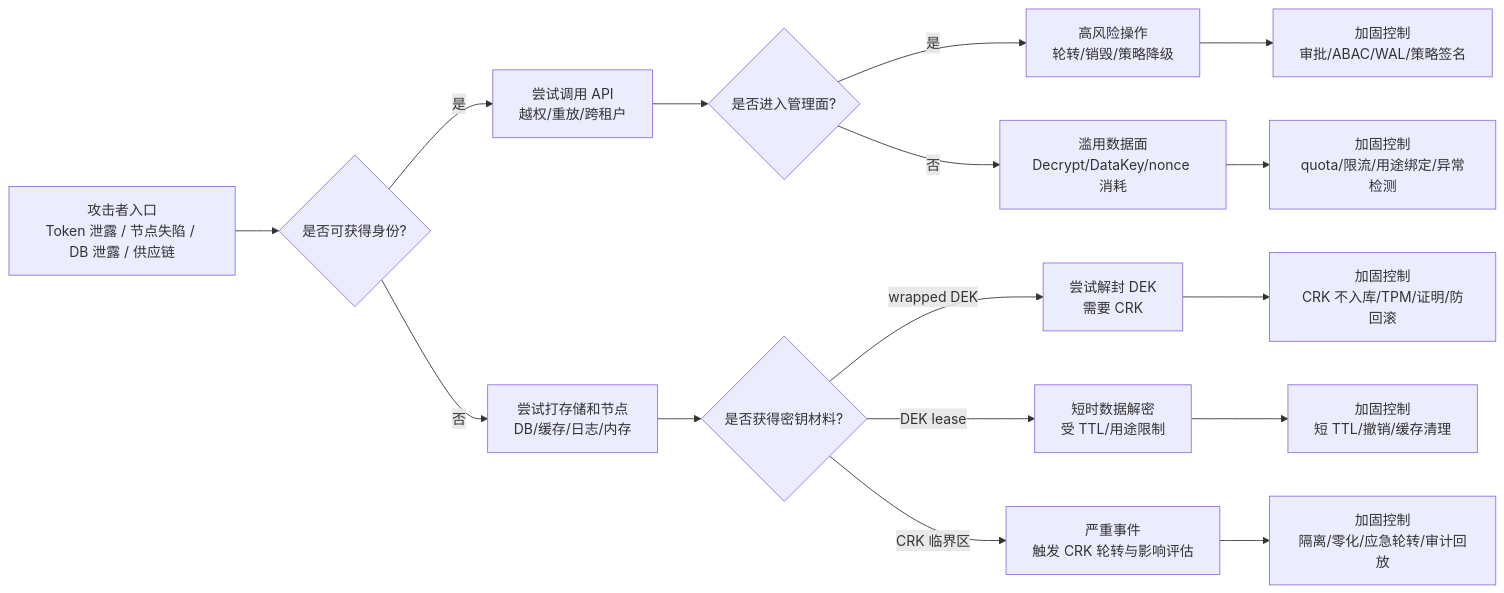
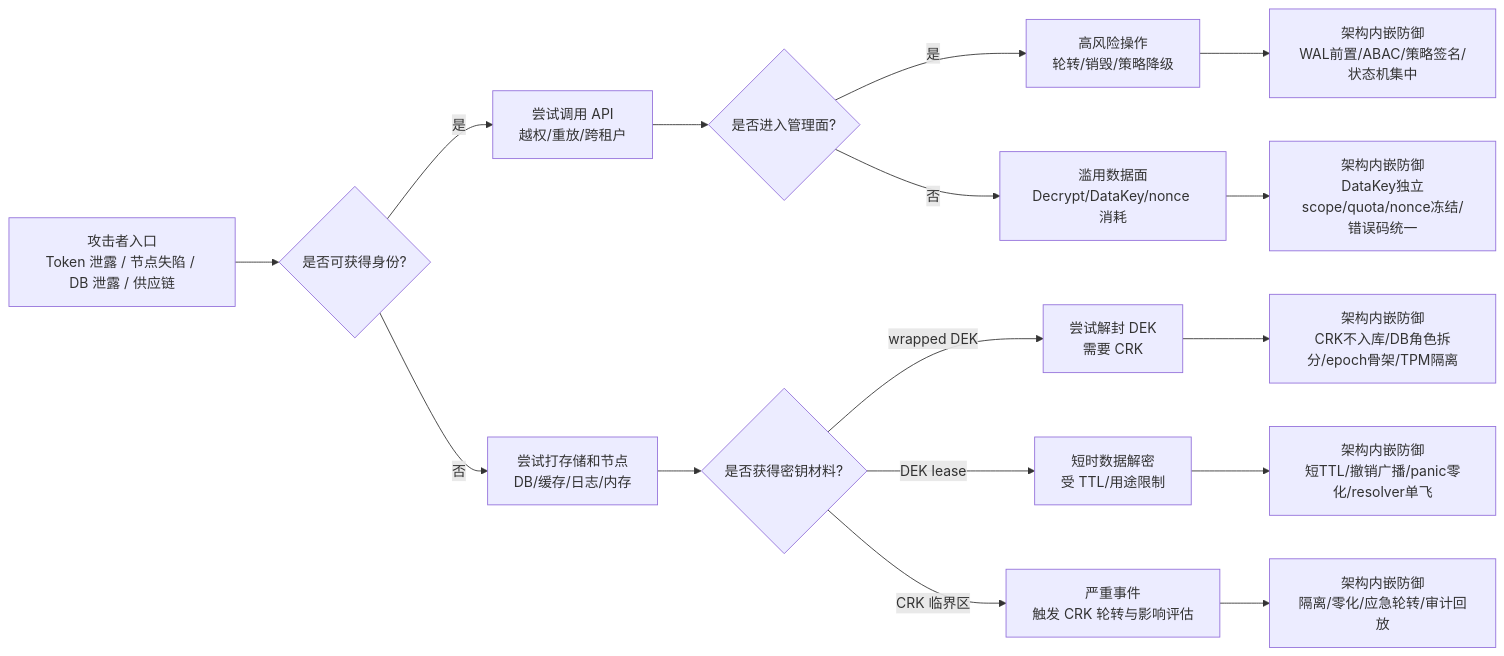
Before and after one commit to HangzeGao/trae: diagram 28 of 30 in README.md, drawn with Mermaid. The commit also changed other lines of this file, not shown here.

````diff
--- a/README.md
+++ b/README.md
@@ -2303,21 +2473,21 @@
 ```mermaid
 flowchart LR
     A["攻击者入口<br/>Token 泄露 / 节点失陷 / DB 泄露 / 供应链"] --> B{"是否可获得身份?"}
     B -- 是 --> C["尝试调用 API<br/>越权/重放/跨租户"]
     B -- 否 --> D["尝试打存储和节点<br/>DB/缓存/日志/内存"]
 
     C --> E{"是否进入管理面?"}
     E -- 是 --> F["高风险操作<br/>轮转/销毁/策略降级"]
     E -- 否 --> G["滥用数据面<br/>Decrypt/DataKey/nonce 消耗"]
 
     D --> H{"是否获得密钥材料?"}
     H -- wrapped DEK --> I["尝试解封 DEK<br/>需要 CRK"]
     H -- DEK lease --> J["短时数据解密<br/>受 TTL/用途限制"]
     H -- CRK 临界区 --> K["严重事件<br/>触发 CRK 轮转与影响评估"]
 
-    F --> L["加固控制<br/>审批/ABAC/WAL/策略签名"]
-    G --> M["加固控制<br/>quota/限流/用途绑定/异常检测"]
-    I --> N["加固控制<br/>CRK 不入库/TPM/证明/防回滚"]
-    J --> O["加固控制<br/>短 TTL/撤销/缓存清理"]
-    K --> P["加固控制<br/>隔离/零化/应急轮转/审计回放"]
+    F --> L["架构内嵌防御<br/>WAL前置/ABAC/策略签名/状态机集中"]
+    G --> M["架构内嵌防御<br/>DataKey独立scope/quota/nonce冻结/错误码统一"]
+    I --> N["架构内嵌防御<br/>CRK不入库/DB角色拆分/epoch骨架/TPM隔离"]
+    J --> O["架构内嵌防御<br/>短TTL/撤销广播/panic零化/resolver单飞"]
+    K --> P["架构内嵌防御<br/>隔离/零化/应急轮转/审计回放"]
 ```
````
